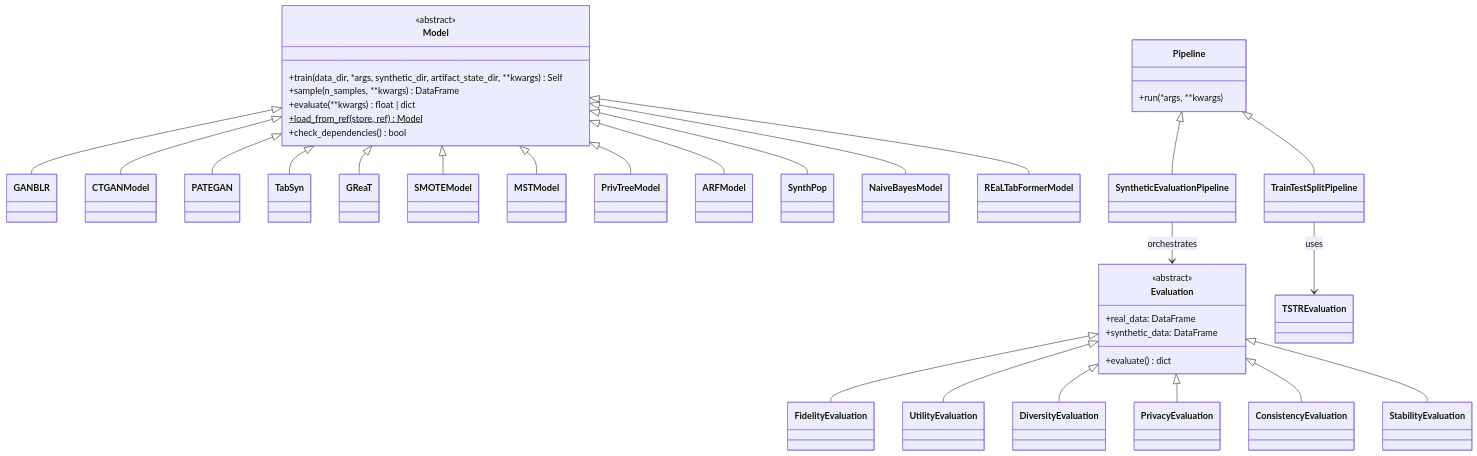
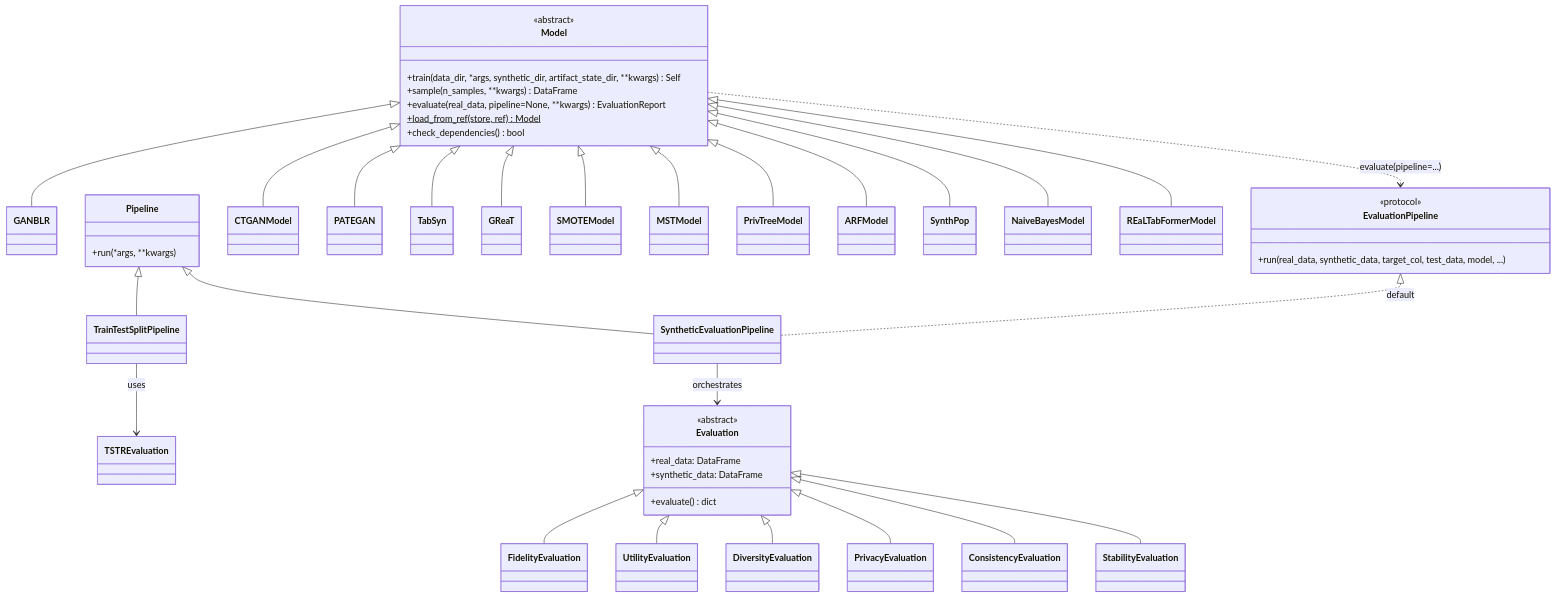
The third of 3 diagrams in ARCHITECTURE.md (datascience-works/Katabatic), drawn with Mermaid before and after one commit. The commit also changed other lines of this file and 36 other files, not shown here.

Commit message:
feat: Unified `evaluate()` method in base `Model` class.

````diff
--- a/ARCHITECTURE.md
+++ b/ARCHITECTURE.md
@@ -67,48 +69,55 @@
 ```mermaid
 classDiagram
     class Model {
         <<abstract>>
         +train(data_dir, *args, synthetic_dir, artifact_state_dir, **kwargs) Self
         +sample(n_samples, **kwargs) DataFrame
-        +evaluate(**kwargs) float | dict
+        +evaluate(real_data, pipeline=None, **kwargs) EvaluationReport
         +load_from_ref(store, ref)$ Model
         +check_dependencies() bool
+    }
+
+    class EvaluationPipeline {
+        <<protocol>>
+        +run(real_data, synthetic_data, target_col, test_data, model, ...)
     }
 
     class Evaluation {
         <<abstract>>
         +real_data: DataFrame
         +synthetic_data: DataFrame
         +evaluate() dict
     }
 
     class Pipeline {
         +run(*args, **kwargs)
     }
 
     Model <|-- GANBLR
     Model <|-- CTGANModel
     Model <|-- PATEGAN
     Model <|-- TabSyn
     Model <|-- GReaT
     Model <|-- SMOTEModel
     Model <|-- MSTModel
     Model <|-- PrivTreeModel
     Model <|-- ARFModel
     Model <|-- SynthPop
     Model <|-- NaiveBayesModel
     Model <|-- REaLTabFormerModel
 
     Evaluation <|-- FidelityEvaluation
     Evaluation <|-- UtilityEvaluation
     Evaluation <|-- DiversityEvaluation
     Evaluation <|-- PrivacyEvaluation
     Evaluation <|-- ConsistencyEvaluation
     Evaluation <|-- StabilityEvaluation
 
     Pipeline <|-- TrainTestSplitPipeline
     Pipeline <|-- SyntheticEvaluationPipeline
 
     SyntheticEvaluationPipeline --> Evaluation : orchestrates
     TrainTestSplitPipeline --> TSTREvaluation : uses
+    EvaluationPipeline <|.. SyntheticEvaluationPipeline : default
+    Model ..> EvaluationPipeline : evaluate(pipeline=...)
 ```
````
